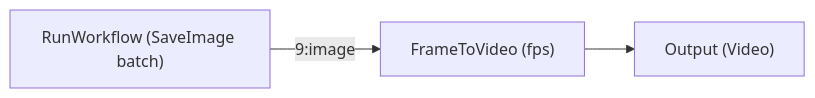
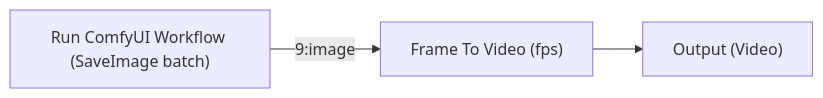
One commit to nodetool-ai/nodetool changed the fourth of 4 diagrams in docs/comfyui-recipes.md. Above: the diagram before and after it, drawn with Mermaid. The commit also changed other lines of this file and 19 other files, not shown here.

```diff
--- a/docs/comfyui-recipes.md
+++ b/docs/comfyui-recipes.md
@@ -139,7 +132,7 @@
 {% mermaid %}
 graph LR
-  comfy["RunWorkflow (SaveImage batch)"]
-  frames["FrameToVideo (fps)"]
+  comfy["Run ComfyUI Workflow (SaveImage batch)"]
+  frames["Frame To Video (fps)"]
   out["Output (Video)"]
   comfy -->|"9:image"| frames --> out
 {% endmermaid %}
```
